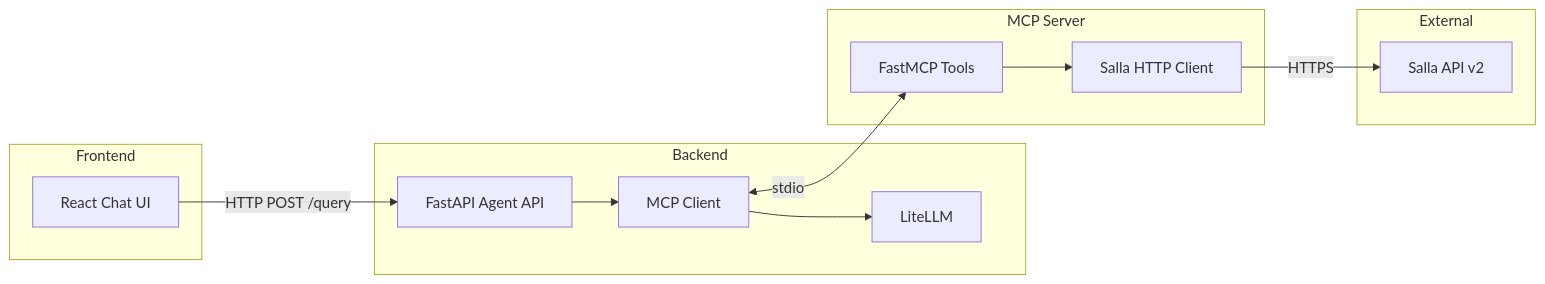
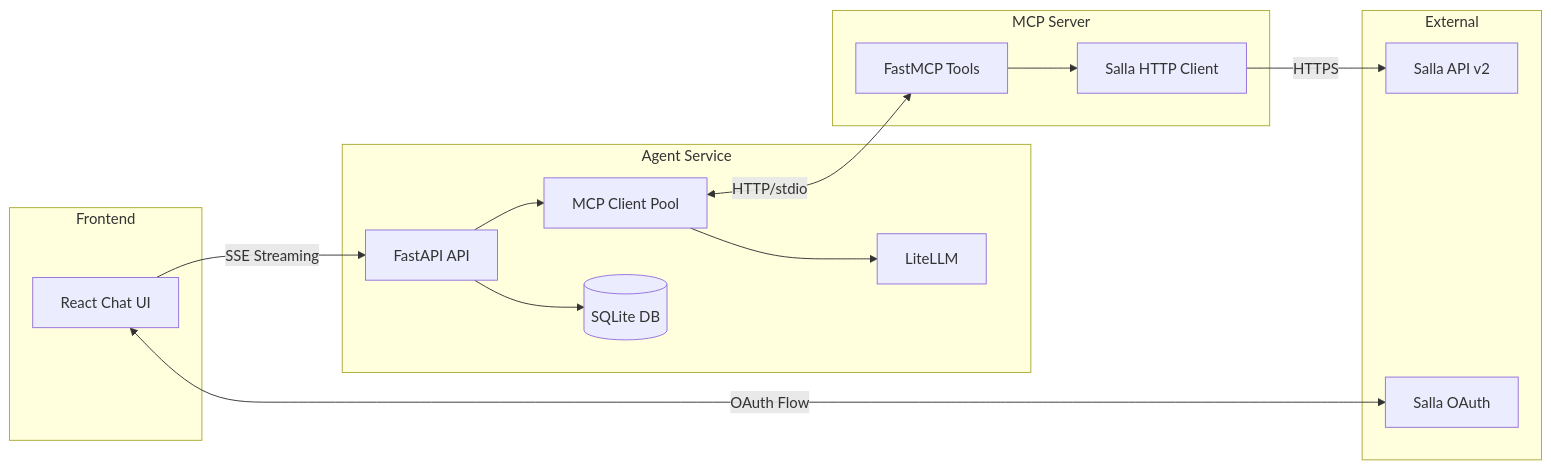
One commit to AhmedKhaled007/salla-ai-assistant changed the first of 2 diagrams in README.md. Above: the diagram before and after it, drawn with Mermaid. The commit also changed other lines of this file and 9 other files, not shown here.

````diff
--- a/README.md
+++ b/README.md
@@ -7,28 +7,32 @@
 ```mermaid
 flowchart LR
     subgraph Frontend
         UI[React Chat UI]
     end
     
-    subgraph Backend
-        API[FastAPI Agent API]
-        MCP[MCP Client]
+    subgraph "Agent Service"
+        API[FastAPI API]
+        MCP[MCP Client Pool]
         LLM[LiteLLM]
+        DB[(SQLite DB)]
     end
     
     subgraph "MCP Server"
         Tools[FastMCP Tools]
         Client[Salla HTTP Client]
     end
     
     subgraph External
         Salla[Salla API v2]
+        OAuth[Salla OAuth]
     end
     
-    UI -->|HTTP POST /query| API
+    UI -->|SSE Streaming| API
     API --> MCP
-    MCP <-->|stdio| Tools
+    MCP <-->|HTTP/stdio| Tools
     MCP --> LLM
+    API --> DB
     Tools --> Client
     Client -->|HTTPS| Salla
+    UI <-->|OAuth Flow| OAuth
 ```
````
